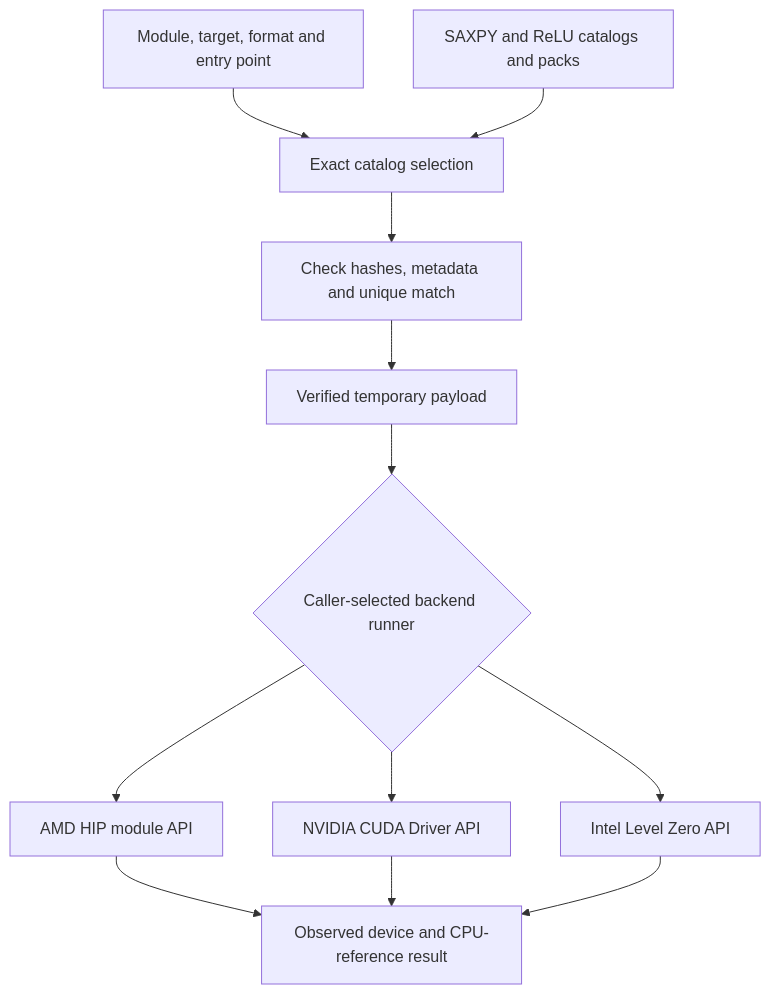
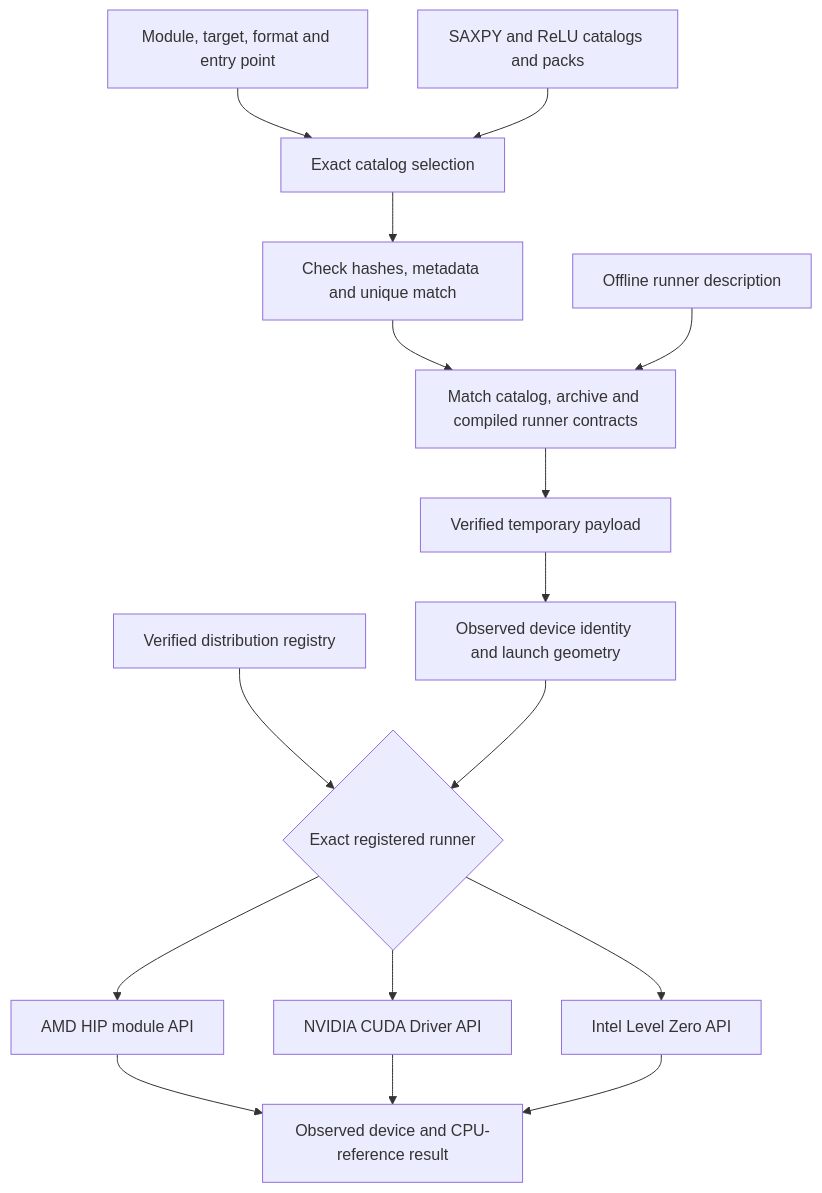
Before and after one commit to powderluv/TheRock: the second of 2 diagrams in docs/development/multi-vendor-architecture.md, drawn with Mermaid. The commit also changed other lines of this file and 73 other files, not shown here.

````diff
--- a/docs/development/multi-vendor-architecture.md
+++ b/docs/development/multi-vendor-architecture.md
@@ -176,14 +197,18 @@
 ```mermaid
 flowchart TD
     Request["Module, target, format and entry point"] --> Select["Exact catalog selection"]
     Catalogs["SAXPY and ReLU catalogs and packs"] --> Select
     Select --> Verify["Check hashes, metadata and unique match"]
-    Verify --> Bytes["Verified temporary payload"]
-    Bytes --> Runner{"Caller-selected backend runner"}
+    Verify --> Contract["Match catalog, archive and compiled runner contracts"]
+    Description["Offline runner description"] --> Contract
+    Contract --> Bytes["Verified temporary payload"]
+    Bytes --> Observed["Observed device identity and launch geometry"]
+    Registry["Verified distribution registry"] --> Runner{"Exact registered runner"}
+    Observed --> Runner
     Runner --> Amd["AMD HIP module API"]
     Runner --> Cuda["NVIDIA CUDA Driver API"]
     Runner --> Intel["Intel Level Zero API"]
     Amd --> Result["Observed device and CPU-reference result"]
     Cuda --> Result
     Intel --> Result
 ```
````
